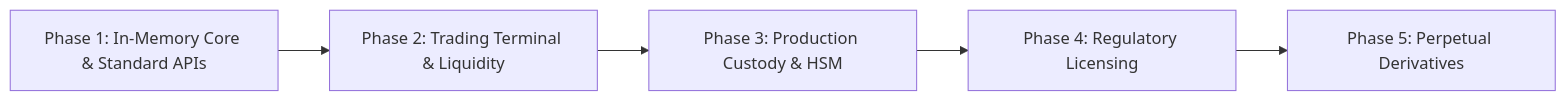
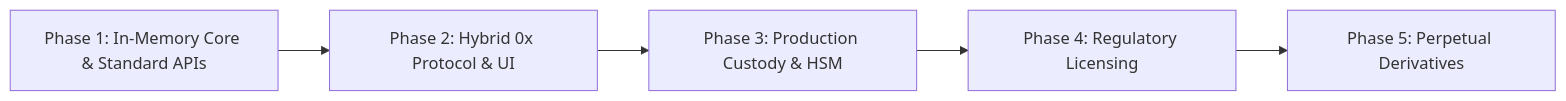
One commit to elon00/qmoosa-exchange changed the diagram in docs/ROADMAP.md. Above: the diagram before and after it, drawn with Mermaid. The commit also changed other lines of this file and 12 other files, not shown here.

Commit message:
feat: integrate 0x Protocol v4, EIP-712 order validator, SRA, Swap API & hybrid routing

````diff
--- a/docs/ROADMAP.md
+++ b/docs/ROADMAP.md
@@ -5,7 +5,7 @@
 ```mermaid
 flowchart LR
-    P1["Phase 1: In-Memory Core & Standard APIs"] --> P2["Phase 2: Trading Terminal & Liquidity"]
+    P1["Phase 1: In-Memory Core & Standard APIs"] --> P2["Phase 2: Hybrid 0x Protocol & UI"]
     P2 --> P3["Phase 3: Production Custody & HSM"]
     P3 --> P4["Phase 4: Regulatory Licensing"]
     P4 --> P5["Phase 5: Perpetual Derivatives"]
 ```
````
